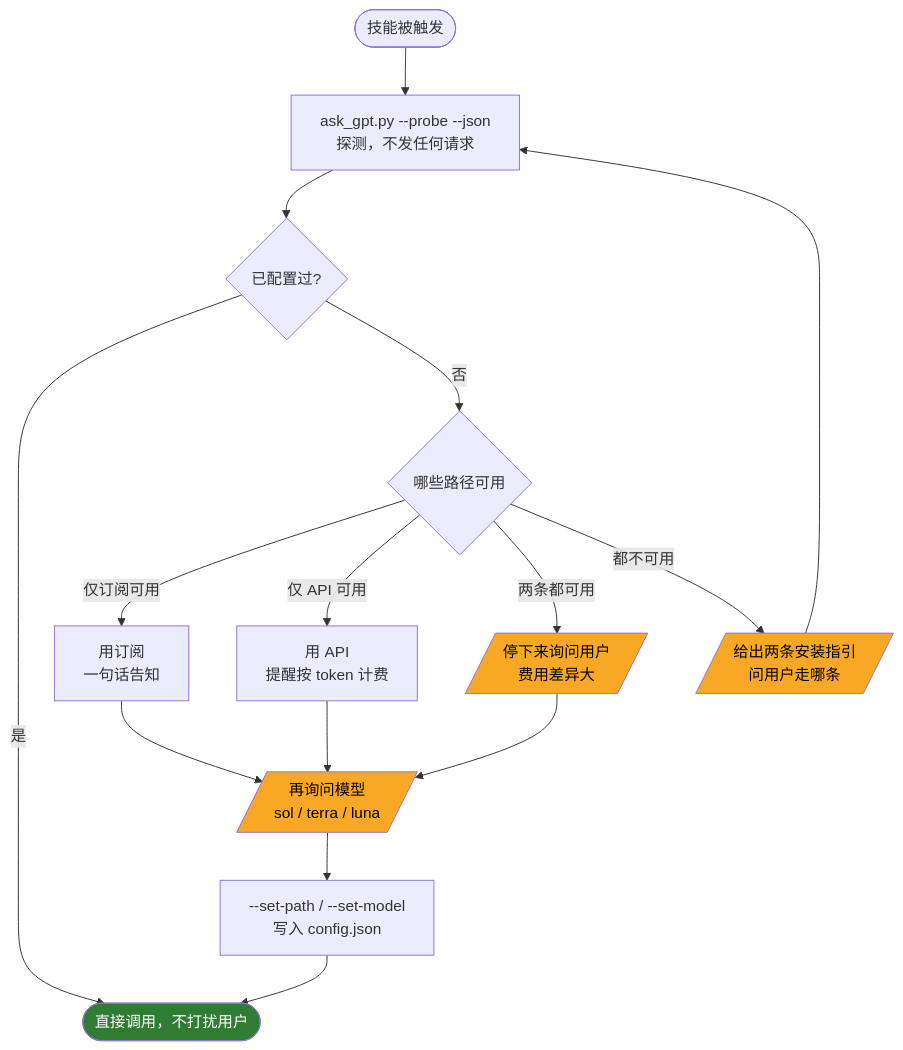
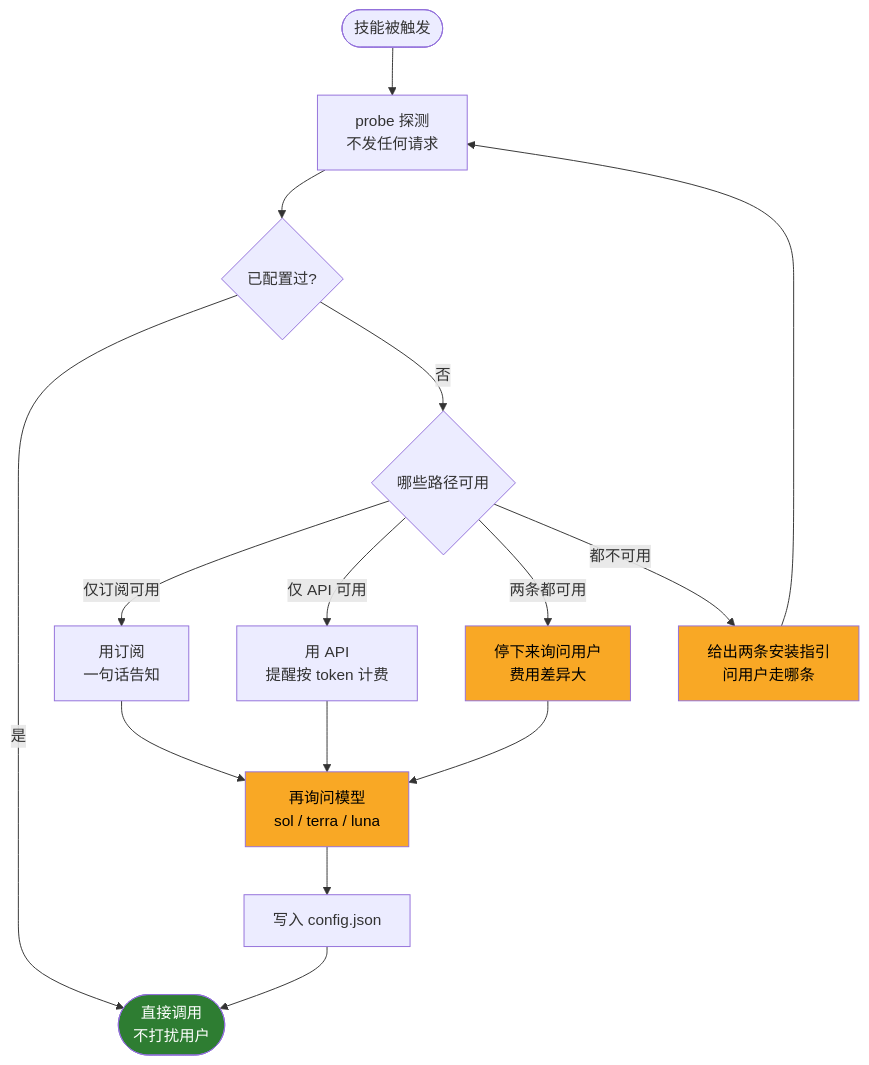
The first of 2 diagrams in README.md (Stefansong/ask-gpt), drawn with Mermaid before and after one commit. The commit also changed other lines of this file, not shown here.

Commit message:
fix: 修正 Mermaid 图在 GitHub 上无法渲染的问题
两处语法 GitHub 的 mermaid 解析器不接受：
- [/文字/] 平行四边形内嵌 <br/>，其中的斜杠会提前闭合形状
- 节点标签里的 <code> 标签（htmlLabels 受限）

统一改为带引号的节点标签，去掉平行四边形与内联 HTML 标签。

````diff
--- a/README.md
+++ b/README.md
@@ -46,22 +46,22 @@
 ```mermaid
 flowchart TD
-    A([技能被触发]) --> B["ask_gpt.py --probe --json<br/>探测，不发任何请求"]
-    B --> C{已配置过?}
-    C -->|是| Z([直接调用，不打扰用户])
-    C -->|否| D{哪些路径可用}
-    D -->|仅订阅可用| E[用订阅<br/>一句话告知]
-    D -->|仅 API 可用| F[用 API<br/>提醒按 token 计费]
-    D -->|两条都可用| G[/停下来询问用户<br/>费用差异大/]
-    D -->|都不可用| H[/给出两条安装指引<br/>问用户走哪条/]
-    E --> I[/再询问模型<br/>sol / terra / luna/]
+    A(["技能被触发"]) --> B["probe 探测<br/>不发任何请求"]
+    B --> C{"已配置过?"}
+    C -->|是| Z(["直接调用<br/>不打扰用户"])
+    C -->|否| D{"哪些路径可用"}
+    D -->|仅订阅可用| E["用订阅<br/>一句话告知"]
+    D -->|仅 API 可用| F["用 API<br/>提醒按 token 计费"]
+    D -->|两条都可用| G["停下来询问用户<br/>费用差异大"]
+    D -->|都不可用| H["给出两条安装指引<br/>问用户走哪条"]
+    E --> I["再询问模型<br/>sol / terra / luna"]
     F --> I
     G --> I
-    I --> J["--set-path / --set-model<br/>写入 config.json"]
+    I --> J["写入 config.json"]
     J --> Z
     H --> B
 
     style G fill:#f9a825,color:#000
     style H fill:#f9a825,color:#000
     style I fill:#f9a825,color:#000
     style Z fill:#2e7d32,color:#fff
 ```
````
